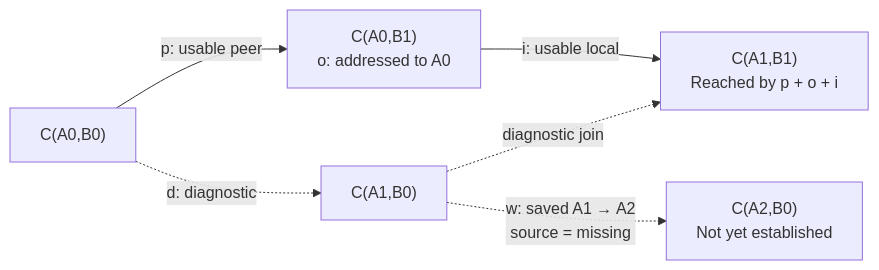
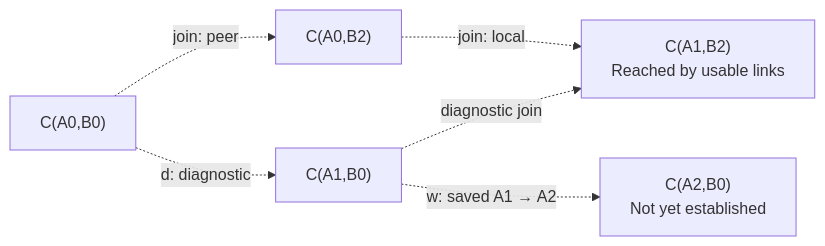
One commit to estoc-dev/estoc changed diagram 12 of 18 in packages/continuity/docs/guide.md. Above: the diagram before and after it, drawn with Mermaid. The commit also changed other lines of this file and 32 other files, not shown here.

````diff
--- a/packages/continuity/docs/guide.md
+++ b/packages/continuity/docs/guide.md
@@ -358,8 +375,8 @@
 ```mermaid
 flowchart LR
-    C00["C(A0,B0)"] -->|"p: usable peer"| C01["C(A0,B1)<br/>o: addressed to A0"]
-    C01 -->|"i: usable local"| C11["C(A1,B1)<br/>Reached by p + o + i"]
+    C00["C(A0,B0)"] -. "join: peer" .-> C02["C(A0,B2)"]
+    C02 -. "join: local" .-> C12["C(A1,B2)<br/>Reached by usable links"]
     C00 -. "d: diagnostic" .-> C10["C(A1,B0)"]
-    C10 -. "diagnostic join" .-> C11
-    C10 -. "w: saved A1 → A2<br/>source = missing" .-> C20["C(A2,B0)<br/>Not yet established"]
+    C10 -. "diagnostic join" .-> C12
+    C10 -. "w: saved A1 → A2" .-> C20["C(A2,B0)<br/>Not yet established"]
 ```
````
